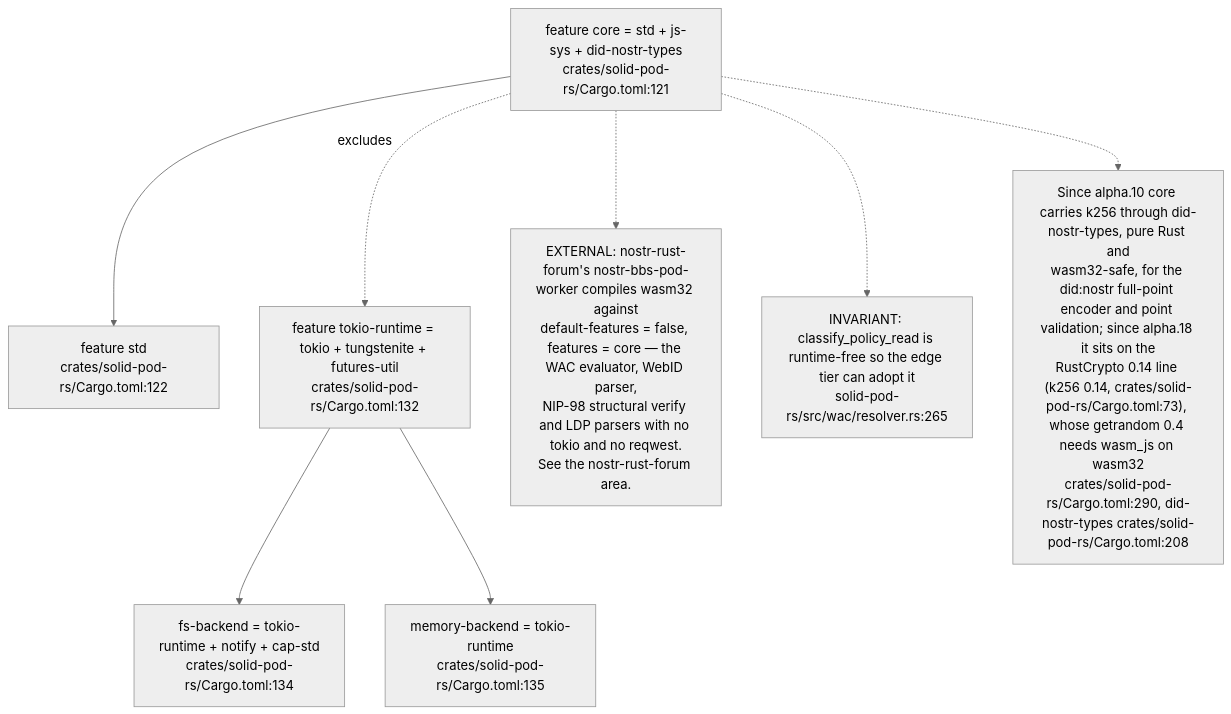
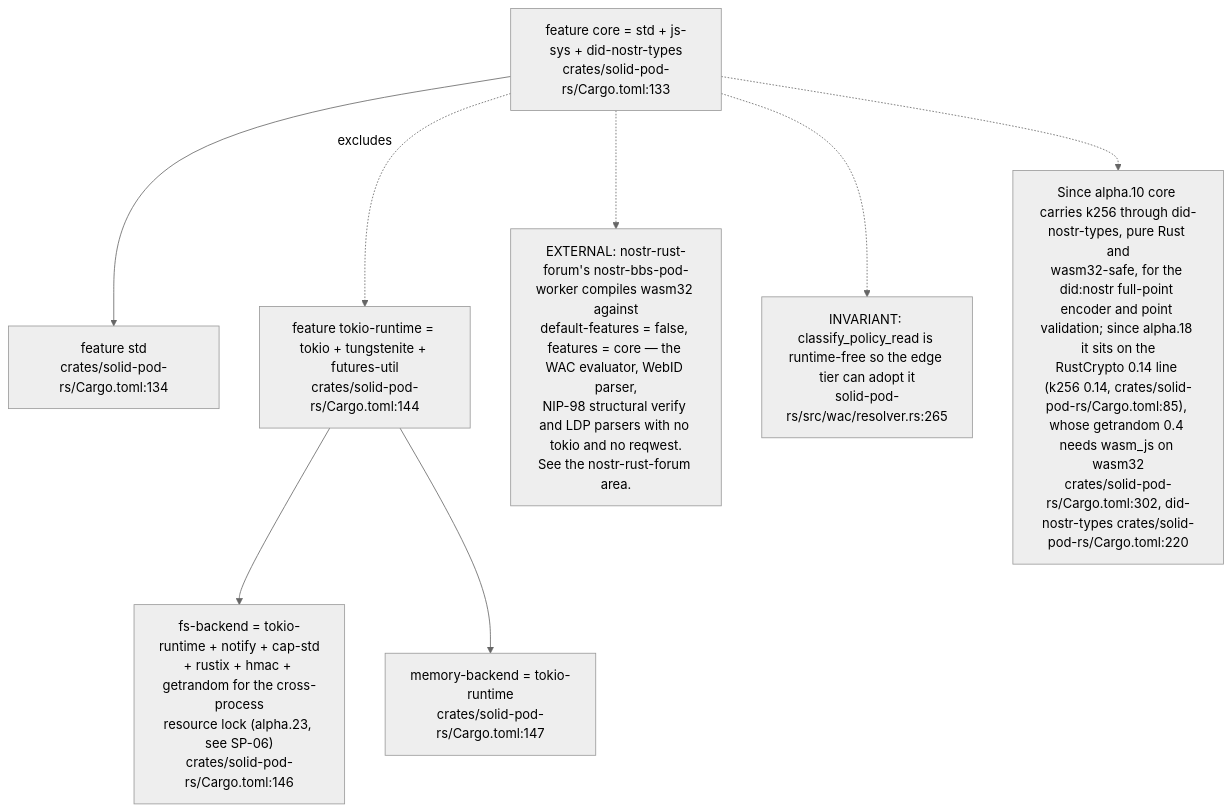
The third of 12 diagrams in docs/diagrams/solid-pod-rs/01-workspace-composition.md (DreamLab-AI/VisionFlow), drawn with Mermaid (neutral theme) before and after one commit. The commit also changed other lines of this file, not shown here.

First line of the commit message:
docs(diagrams): SP-01 re-verified at solid-pod-rs a28a748

````diff
--- a/docs/diagrams/solid-pod-rs/01-workspace-composition.md
+++ b/docs/diagrams/solid-pod-rs/01-workspace-composition.md
@@ -117,22 +121,22 @@
 ```mermaid
 flowchart TD
-    CORE_F["feature core = std + js-sys + did-nostr-types<br/>crates/solid-pod-rs/Cargo.toml:121"]
-    STD["feature std<br/>crates/solid-pod-rs/Cargo.toml:122"]
-    TOKIO["feature tokio-runtime = tokio + tungstenite + futures-util<br/>crates/solid-pod-rs/Cargo.toml:132"]
-    FSB["fs-backend = tokio-runtime + notify + cap-std<br/>crates/solid-pod-rs/Cargo.toml:134"]
-    MEMB["memory-backend = tokio-runtime<br/>crates/solid-pod-rs/Cargo.toml:135"]
+    CORE_F["feature core = std + js-sys + did-nostr-types<br/>crates/solid-pod-rs/Cargo.toml:133"]
+    STD["feature std<br/>crates/solid-pod-rs/Cargo.toml:134"]
+    TOKIO["feature tokio-runtime = tokio + tungstenite + futures-util<br/>crates/solid-pod-rs/Cargo.toml:144"]
+    FSB["fs-backend = tokio-runtime + notify + cap-std<br/>+ rustix + hmac + getrandom for the cross-process<br/>resource lock (alpha.23, see SP-06)<br/>crates/solid-pod-rs/Cargo.toml:146"]
+    MEMB["memory-backend = tokio-runtime<br/>crates/solid-pod-rs/Cargo.toml:147"]
 
     CORE_F --> STD
     CORE_F -. "excludes" .-> TOKIO
     TOKIO --> FSB
     TOKIO --> MEMB
 
     E1["EXTERNAL: nostr-rust-forum's nostr-bbs-pod-worker compiles wasm32 against<br/>default-features = false, features = core — the WAC evaluator, WebID parser,<br/>NIP-98 structural verify and LDP parsers with no tokio and no reqwest.<br/>See the nostr-rust-forum area."]
     CORE_F -.-> E1
 
     E2["INVARIANT: classify_policy_read is runtime-free so the edge tier can adopt it<br/>solid-pod-rs/src/wac/resolver.rs:265"]
     CORE_F -.-> E2
 
-    E3["Since alpha.10 core carries k256 through did-nostr-types, pure Rust and<br/>wasm32-safe, for the did:nostr full-point encoder and point validation; since alpha.18 it sits on the<br/>RustCrypto 0.14 line (k256 0.14, crates/solid-pod-rs/Cargo.toml:73), whose getrandom 0.4 needs wasm_js on wasm32<br/>crates/solid-pod-rs/Cargo.toml:290, did-nostr-types crates/solid-pod-rs/Cargo.toml:208"]
+    E3["Since alpha.10 core carries k256 through did-nostr-types, pure Rust and<br/>wasm32-safe, for the did:nostr full-point encoder and point validation; since alpha.18 it sits on the<br/>RustCrypto 0.14 line (k256 0.14, crates/solid-pod-rs/Cargo.toml:85), whose getrandom 0.4 needs wasm_js on wasm32<br/>crates/solid-pod-rs/Cargo.toml:302, did-nostr-types crates/solid-pod-rs/Cargo.toml:220"]
     CORE_F -.-> E3
 ```
````
